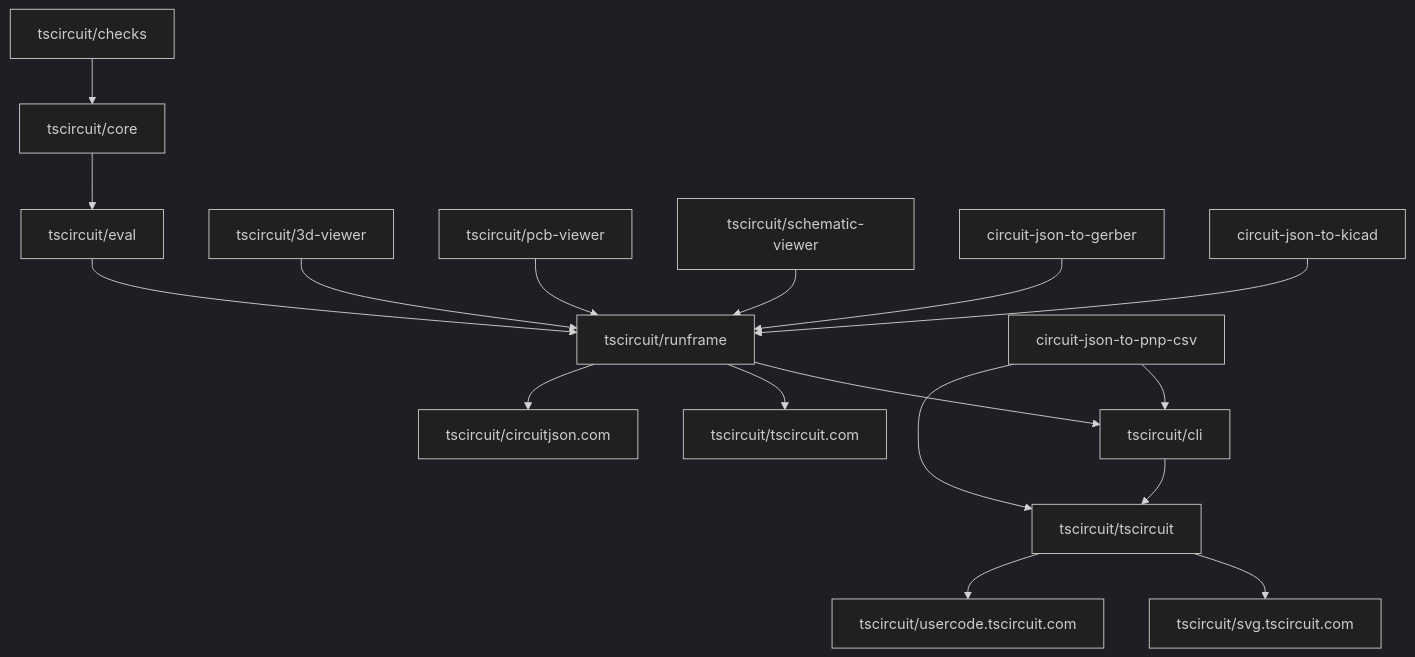
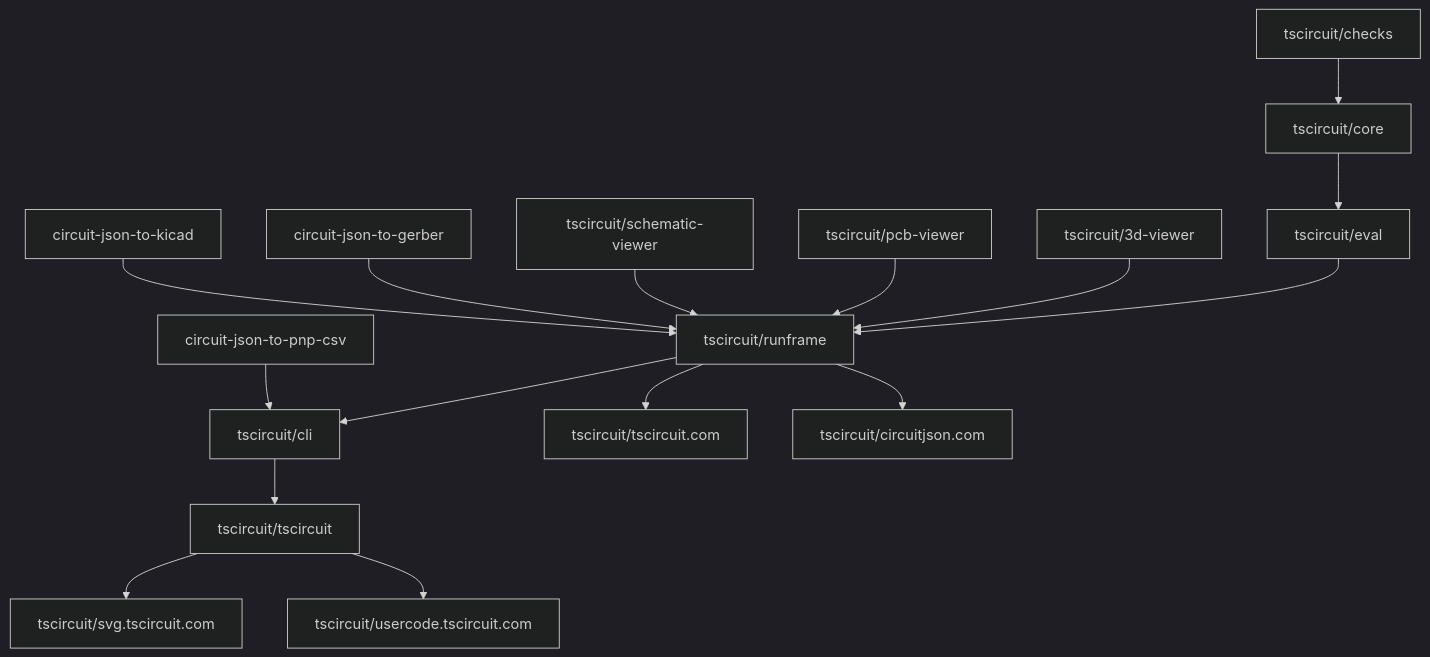
The diagram in docs/contributing/package-dependencies-and-auto-updates.mdx (tscircuit/docs), drawn with Mermaid (dark theme) before and after one commit. The commit also changed other lines of this file, not shown here.

Commit message:
Keep tscircuit converter updates manual

````diff
--- a/docs/contributing/package-dependencies-and-auto-updates.mdx
+++ b/docs/contributing/package-dependencies-and-auto-updates.mdx
@@ -14,47 +14,46 @@
 ```mermaid
 flowchart TD
 
     %% Checks to Core
     checks[tscircuit/checks] --> core[tscircuit/core]
 
     %% Core to Eval
     core[tscircuit/core] --> eval[tscircuit/eval]
 
     %% Eval to Runframe
     eval --> runframe[tscircuit/runframe]
 
     %% 3D Viewer to Runframe
     viewer3d[tscircuit/3d-viewer] --> runframe
 
     %% PCB Viewer to Runframe
     pcbviewer[tscircuit/pcb-viewer] --> runframe
 
     %% Schematic Viewer to Runframe
     schemaviewer[tscircuit/schematic-viewer] --> runframe
 
     %% Circuit JSON to Gerber to Runframe
     circuitjsontogerber[circuit-json-to-gerber] --> runframe
 
     %% Circuit JSON to KiCad to Runframe
     circuitjsontokicad[circuit-json-to-kicad] --> runframe
 
     %% Runframe to CLI
     runframe --> cli[tscircuit/cli]
 
     %% Runframe to tscircuit.com
     runframe --> tscircuitcom[tscircuit/tscircuit.com]
 
     %% Runframe to circuitjson.com
     runframe --> circuitjsoncom[tscircuit/circuitjson.com]
     
     %% CLI to Tscircuit
     cli --> tscircuit[tscircuit/tscircuit]
 
-    %% PnP converter supplies the CLI development dependency and tscircuit runtime dependency
+    %% PnP converter to CLI
     pnp[circuit-json-to-pnp-csv] --> cli
-    pnp --> tscircuit
 
     %% Tscircuit to web services
     tscircuit --> svg[tscircuit/svg.tscircuit.com]
     tscircuit --> usercode[tscircuit/usercode.tscircuit.com]
 ```
````
